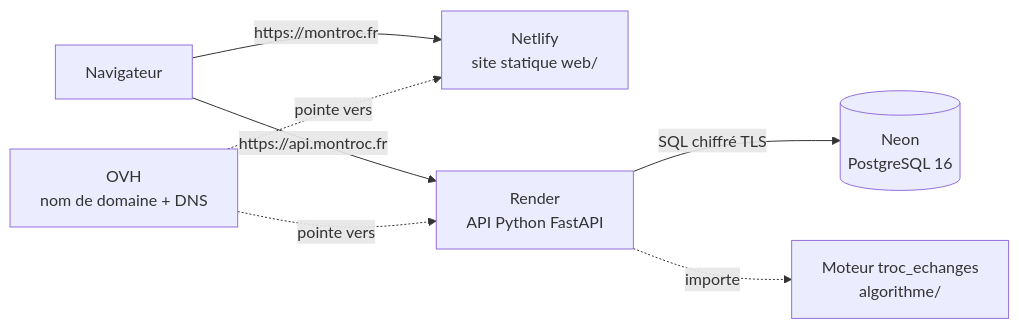
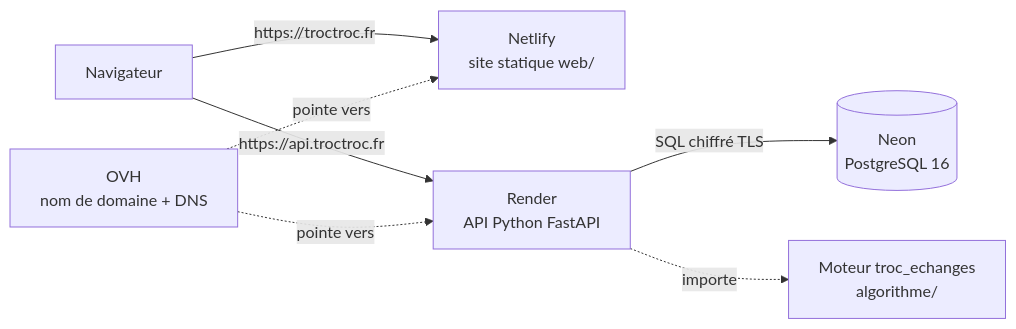
Before and after one commit to benchamply-cmyk/montroc: the first of 2 diagrams in docs/01-architecture.md, drawn with Mermaid. The commit also changed other lines of this file and 8 other files, not shown here.

First line of the commit message:
Passage du domaine montroc.fr à troctroc.fr (alias troctroc.cloud) (#6)

````diff
--- a/docs/01-architecture.md
+++ b/docs/01-architecture.md
@@ -5,9 +5,9 @@
 ```mermaid
 flowchart LR
-    U[Navigateur] -->|https://montroc.fr| N[Netlify<br/>site statique web/]
-    U -->|https://api.montroc.fr| R[Render<br/>API Python FastAPI]
+    U[Navigateur] -->|https://troctroc.fr| N[Netlify<br/>site statique web/]
+    U -->|https://api.troctroc.fr| R[Render<br/>API Python FastAPI]
     R -->|SQL chiffré TLS| P[(Neon<br/>PostgreSQL 16)]
     R -. importe .-> M[Moteur troc_echanges<br/>algorithme/]
     D[OVH<br/>nom de domaine + DNS] -. pointe vers .-> N
     D -. pointe vers .-> R
 ```
````
